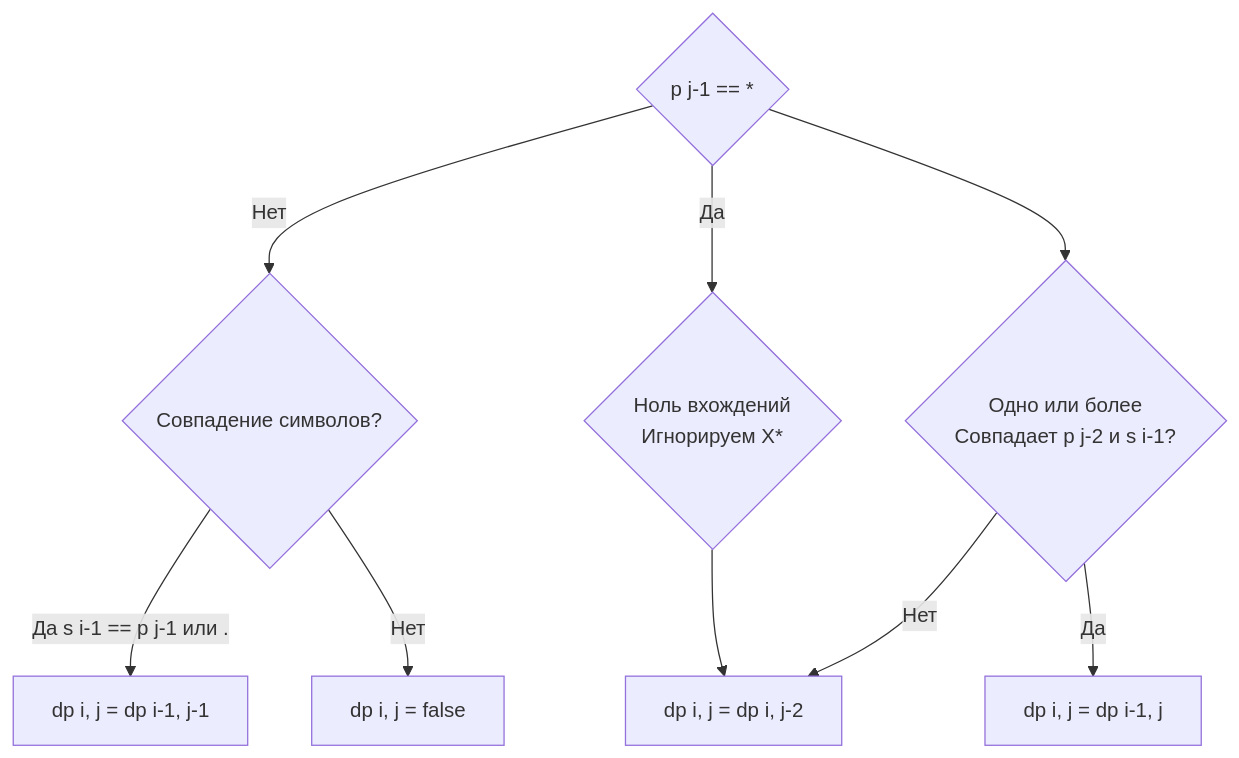
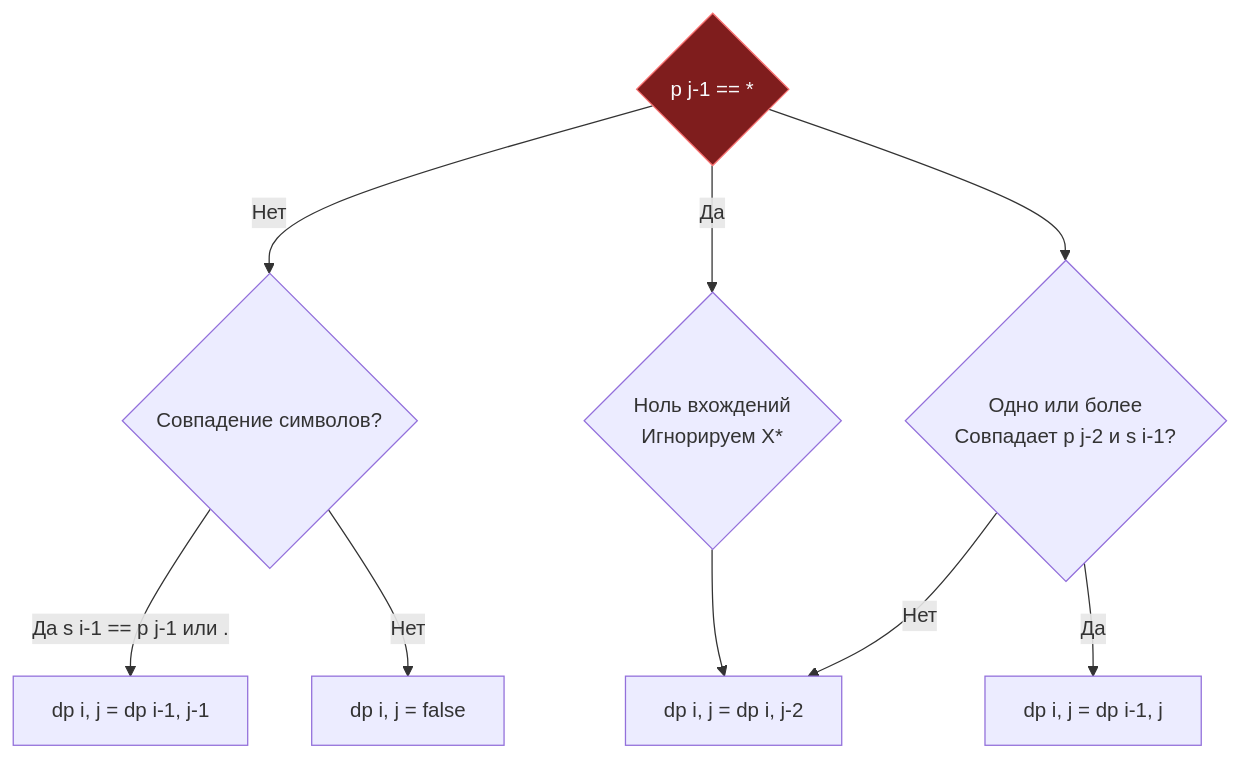
Before and after one commit to UnrealTemplier/go-textbook: the diagram in sources/21. Задачи с LeetCode и собеседований на Go/02. Задачи/20. Динамическое программирование на строках/5. Regular Expression Matching.md, drawn with Mermaid. The commit also changed 1666 other files, not shown here.

First line of the commit message:
feat(mermaid): add semantic color classDef to 1369 colorless flowchart/graph diagrams

````diff
--- a/sources/21. Задачи с LeetCode и собеседований на Go/02. Задачи/20. Динамическое программирование на строках/5. Regular Expression Matching.md
+++ b/sources/21. Задачи с LeetCode и собеседований на Go/02. Задачи/20. Динамическое программирование на строках/5. Regular Expression Matching.md
@@ -23,12 +23,22 @@
 ```mermaid
 flowchart TD
-    A{"p j-1 == *"} -- "Нет" --> B{"Совпадение символов?"}
+    classDef process  fill:#1e293b,stroke:#38bdf8,stroke-width:1px,color:#f8fafc
+    classDef success  fill:#064e3b,stroke:#34d399,stroke-width:1px,color:#f8fafc
+    classDef error    fill:#7f1d1d,stroke:#f87171,stroke-width:1px,color:#f8fafc
+    classDef warning  fill:#78350f,stroke:#fbbf24,stroke-width:1px,color:#f8fafc
+    classDef entry    fill:#1e3a5f,stroke:#38bdf8,stroke-width:2px,color:#f8fafc
+    classDef aux      fill:#334155,stroke:#64748b,stroke-width:1px,color:#f8fafc
+    classDef system   fill:#312e81,stroke:#a78bfa,stroke-width:1px,color:#f8fafc
+    classDef data     fill:#132d29,stroke:#2dd4bf,stroke-width:1px,color:#f8fafc
+    classDef network  fill:#881337,stroke:#fb7185,stroke-width:1px,color:#f8fafc
+    classDef accent   fill:#1e1b4b,stroke:#818cf8,stroke-width:1px,color:#f8fafc
+    A{"p j-1 == *"}:::error -- "Нет" --> B{"Совпадение символов?"}
     B -- "Да s i-1 == p j-1 или ." --> C["dp i, j = dp i-1, j-1"]
     B -- "Нет" --> D["dp i, j = false"]
     
     A -- "Да" --> E{"Ноль вхождений<br>Игнорируем X*"}
     E --> F["dp i, j = dp i, j-2"]
     A --> G{"Одно или более<br>Совпадает p j-2 и s i-1?"}
     G -- "Да" --> H["dp i, j = dp i-1, j"]
     G -- "Нет" --> F
 ```
````
